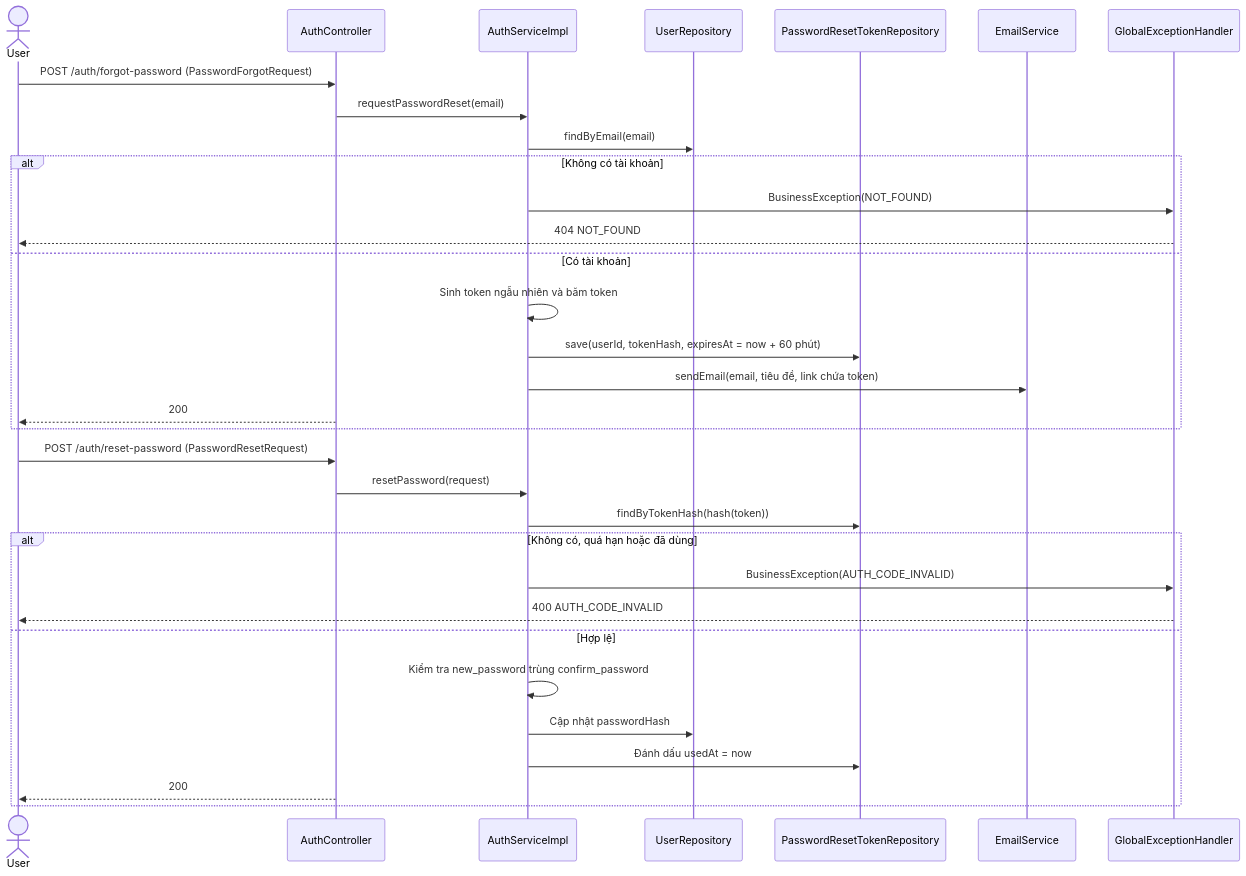
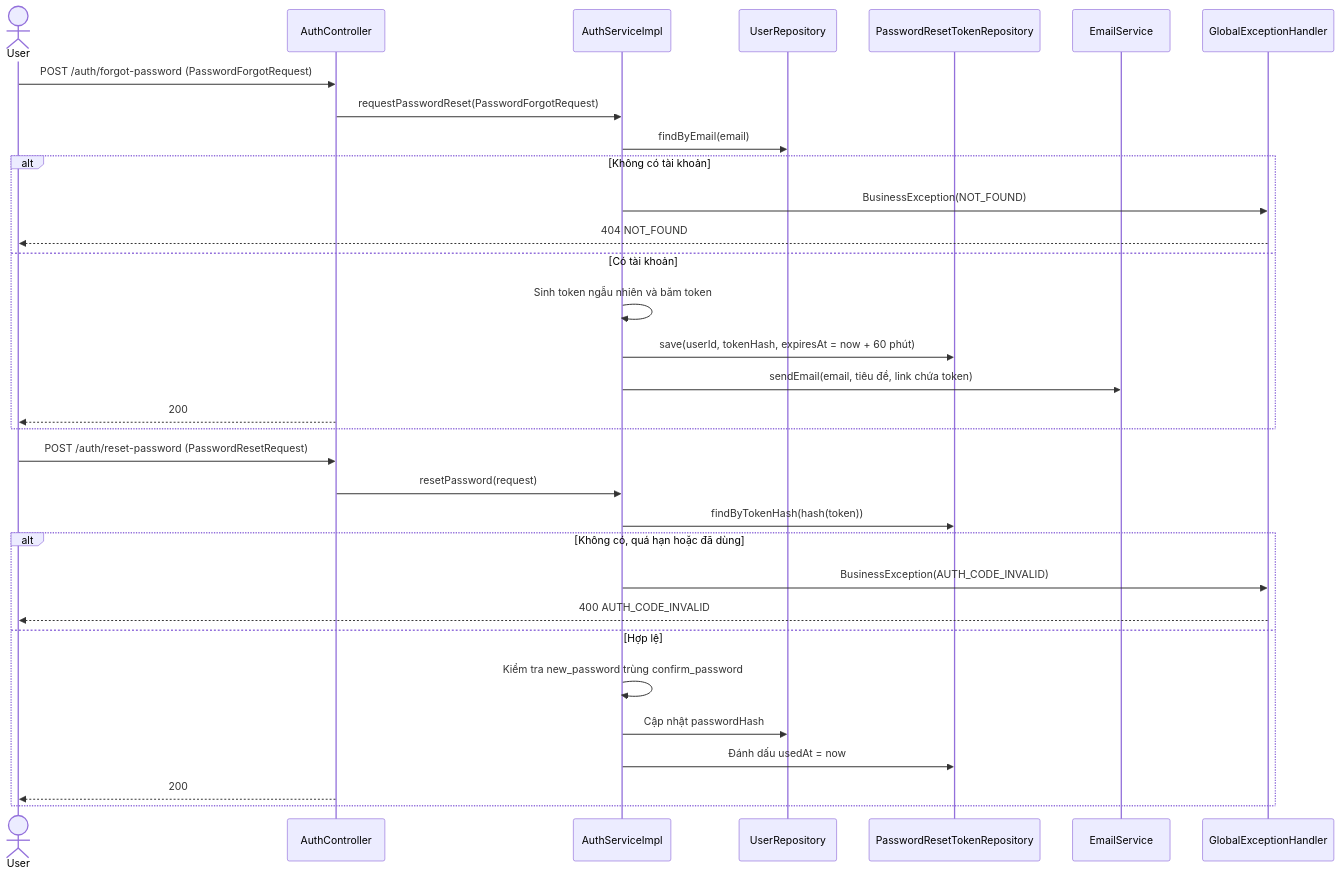
The second of 2 diagrams in docs/design/auth-profile/api.md (dungcony/e-learn), drawn with Mermaid before and after one commit. The commit also changed 39 other files, not shown here.

````diff
--- a/docs/design/auth-profile/api.md
+++ b/docs/design/auth-profile/api.md
@@ -79,38 +79,38 @@
 ```mermaid
 sequenceDiagram
     actor User
     participant Ctrl as AuthController
     participant Svc as AuthServiceImpl
     participant UserRepo as UserRepository
     participant TokenRepo as PasswordResetTokenRepository
     participant Mail as EmailService
     participant Handler as GlobalExceptionHandler
 
     User->>Ctrl: POST /auth/forgot-password (PasswordForgotRequest)
-    Ctrl->>Svc: requestPasswordReset(email)
+    Ctrl->>Svc: requestPasswordReset(PasswordForgotRequest)
     Svc->>UserRepo: findByEmail(email)
 
     alt Không có tài khoản
         Svc->>Handler: BusinessException(NOT_FOUND)
         Handler-->>User: 404 NOT_FOUND
     else Có tài khoản
         Svc->>Svc: Sinh token ngẫu nhiên và băm token
         Svc->>TokenRepo: save(userId, tokenHash, expiresAt = now + 60 phút)
         Svc->>Mail: sendEmail(email, tiêu đề, link chứa token)
         Ctrl-->>User: 200
     end
 
     User->>Ctrl: POST /auth/reset-password (PasswordResetRequest)
     Ctrl->>Svc: resetPassword(request)
     Svc->>TokenRepo: findByTokenHash(hash(token))
 
     alt Không có, quá hạn hoặc đã dùng
         Svc->>Handler: BusinessException(AUTH_CODE_INVALID)
         Handler-->>User: 400 AUTH_CODE_INVALID
     else Hợp lệ
         Svc->>Svc: Kiểm tra new_password trùng confirm_password
         Svc->>UserRepo: Cập nhật passwordHash
         Svc->>TokenRepo: Đánh dấu usedAt = now
         Ctrl-->>User: 200
     end
 ```
````
